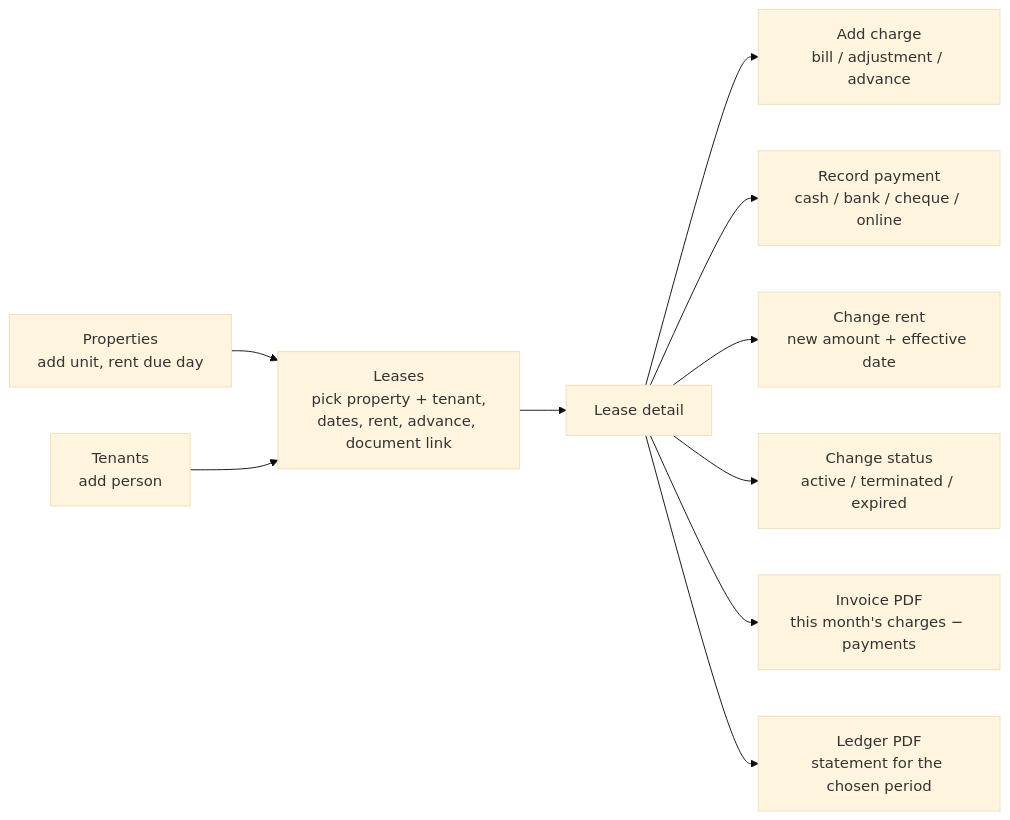
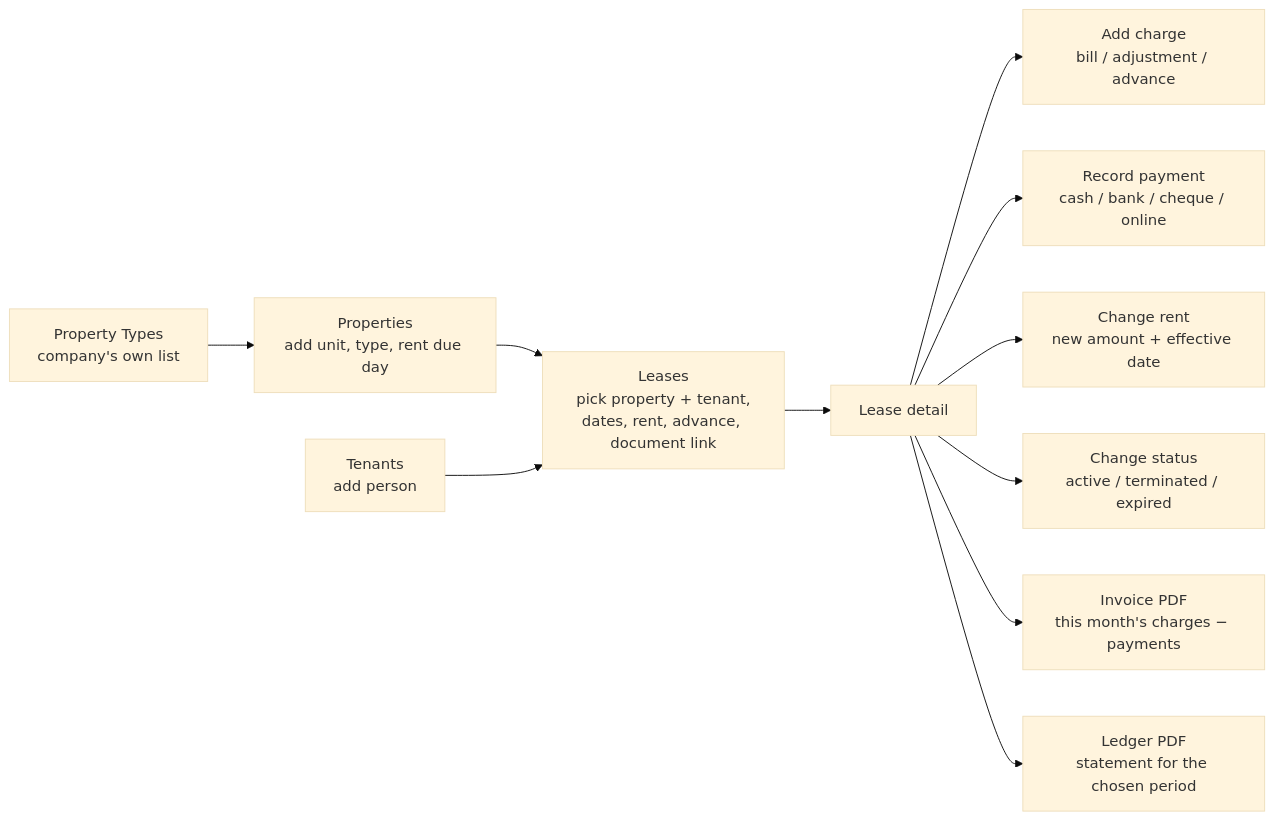
Before and after one commit to zeeshan-6789539/frontend: the second of 2 diagrams in README.md, drawn with Mermaid (base theme). The commit also changed other lines of this file and 33 other files, not shown here.

First line of the commit message:
Add Property Types page and dynamic property types

````diff
--- a/README.md
+++ b/README.md
@@ -189,12 +190,13 @@
 ```mermaid
 flowchart LR
-  A[Properties<br/>add unit, rent due day] --> C[Leases<br/>pick property + tenant,<br/>dates, rent, advance, document link]
+  PT[Property Types<br/>company's own list] --> A
+  A[Properties<br/>add unit, type, rent due day] --> C[Leases<br/>pick property + tenant,<br/>dates, rent, advance, document link]
   B[Tenants<br/>add person] --> C
   C --> D[Lease detail]
   D --> E[Add charge<br/>bill / adjustment / advance]
   D --> F[Record payment<br/>cash / bank / cheque / online]
   D --> G[Change rent<br/>new amount + effective date]
   D --> H[Change status<br/>active / terminated / expired]
   D --> I[Invoice PDF<br/>this month's charges − payments]
   D --> J[Ledger PDF<br/>statement for the chosen period]
 ```
````
